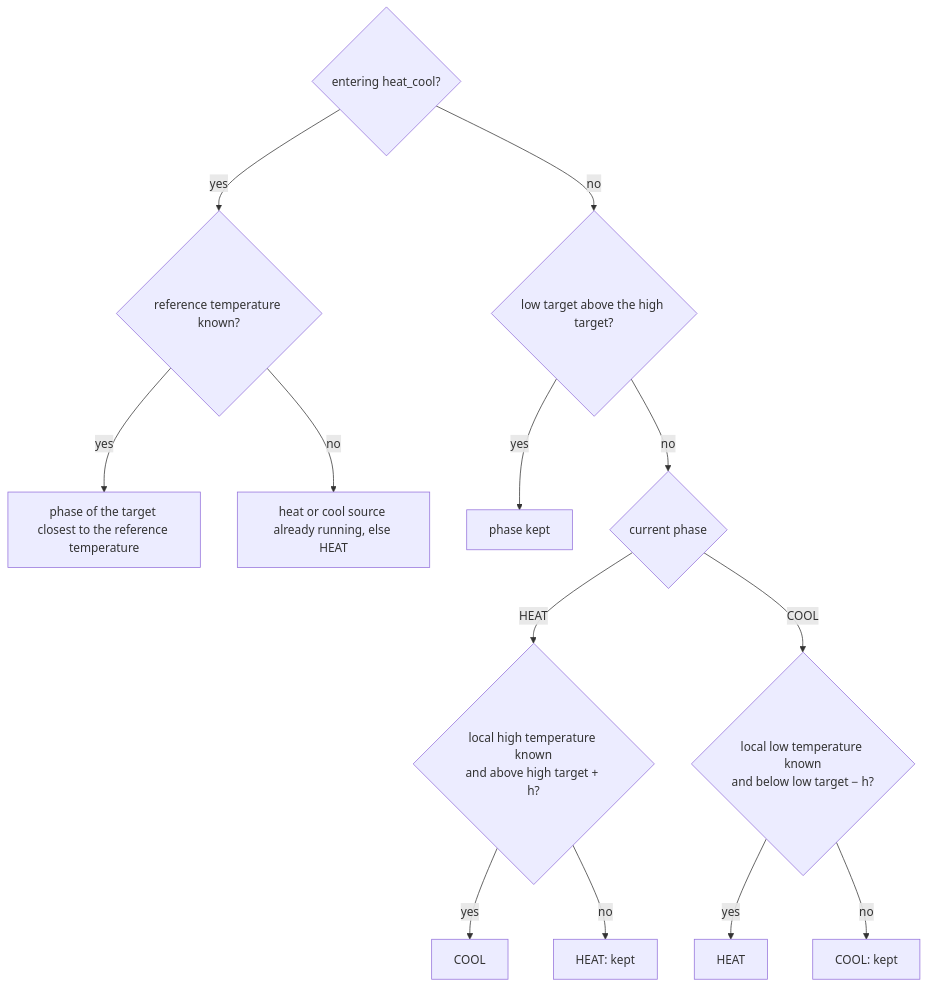
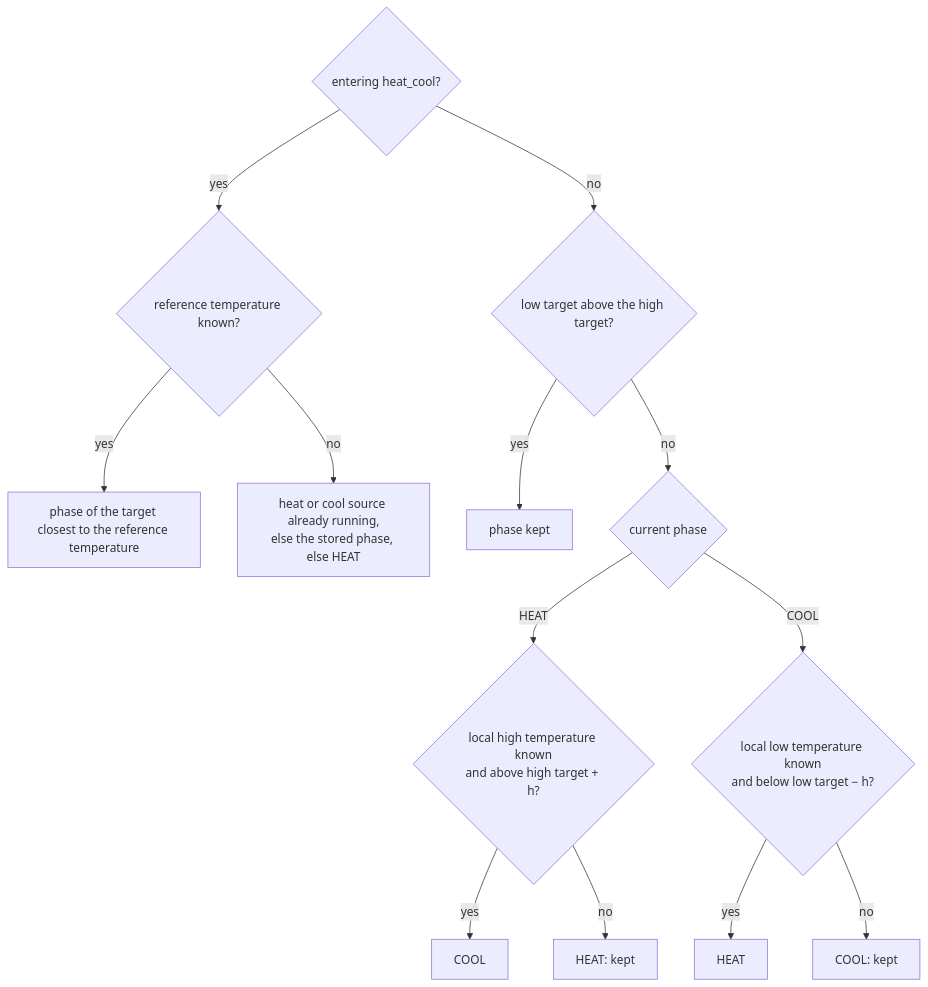
One commit to marsoupilami25/adaptative-climate changed the tenth of 13 diagrams in SPEC.md. Above: the diagram before and after it, drawn with Mermaid. The commit also changed other lines of this file and 1 other file, not shown here.

````diff
--- a/SPEC.md
+++ b/SPEC.md
@@ -1028,16 +1116,16 @@
 ```mermaid
 flowchart TD
     D{entering heat_cool?}
     D -- yes --> F{reference temperature known?}
     F -- yes --> G[phase of the target closest to the reference temperature]
-    F -- no --> I[heat or cool source already running, else HEAT]
+    F -- no --> I[heat or cool source already running,<br/>else the stored phase, else HEAT]
     D -- no --> L{low target above the high target?}
     L -- yes --> KEEP[phase kept]
     L -- no --> P{current phase}
     P -- HEAT --> B{"local high temperature known<br/>and above high target + h?"}
     B -- yes --> K[COOL]
     B -- no --> H[HEAT: kept]
     P -- COOL --> C{"local low temperature known<br/>and below low target − h?"}
     C -- yes --> H2[HEAT]
     C -- no --> K2[COOL: kept]
 ```
````
